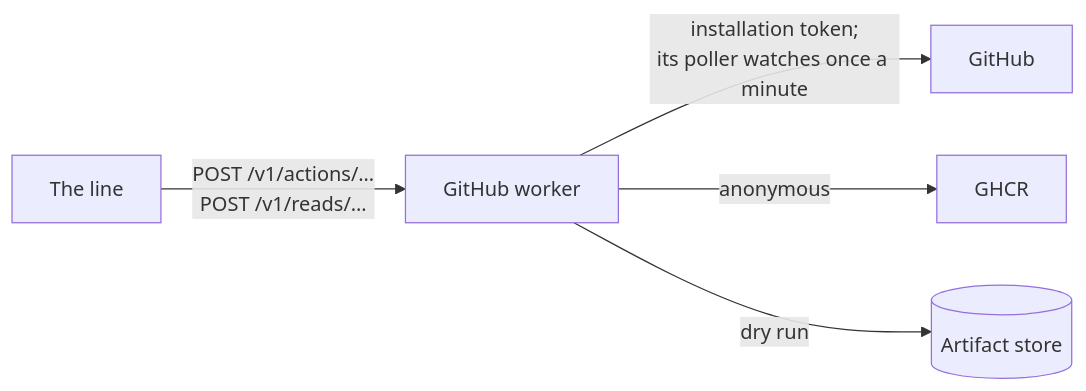
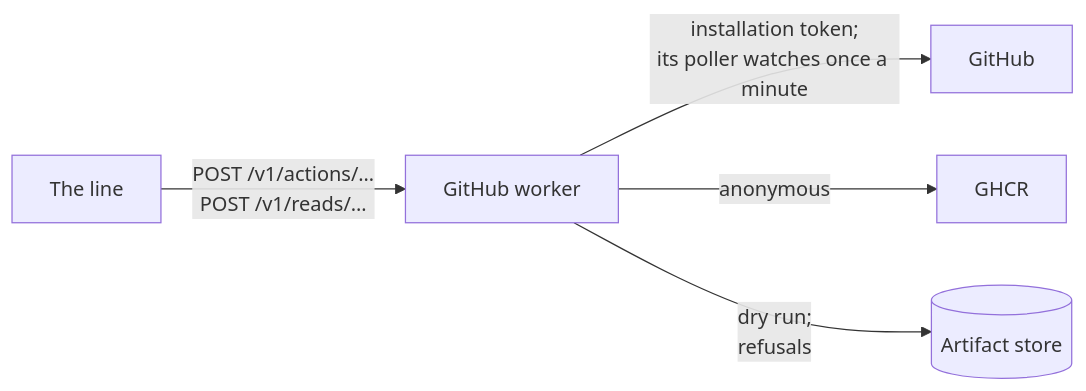
The first of 2 diagrams in docs/COMPONENTS/GITHUB-WORKER.md (mrogan/cv-software-factory), drawn with Mermaid before and after one commit. The commit also changed other lines of this file and 14 other files, not shown here.

````diff
--- a/docs/COMPONENTS/GITHUB-WORKER.md
+++ b/docs/COMPONENTS/GITHUB-WORKER.md
@@ -7,7 +7,7 @@
 ```mermaid
 flowchart LR
   line[The line] -- "POST /v1/actions/…<br>POST /v1/reads/…" --> worker[GitHub worker]
   worker -- "installation token;<br>its poller watches once a minute" --> github[GitHub]
   worker -- anonymous --> ghcr[GHCR]
-  worker -- dry run --> artifacts[(Artifact store)]
+  worker -- "dry run;<br>refusals" --> artifacts[(Artifact store)]
 ```
````
